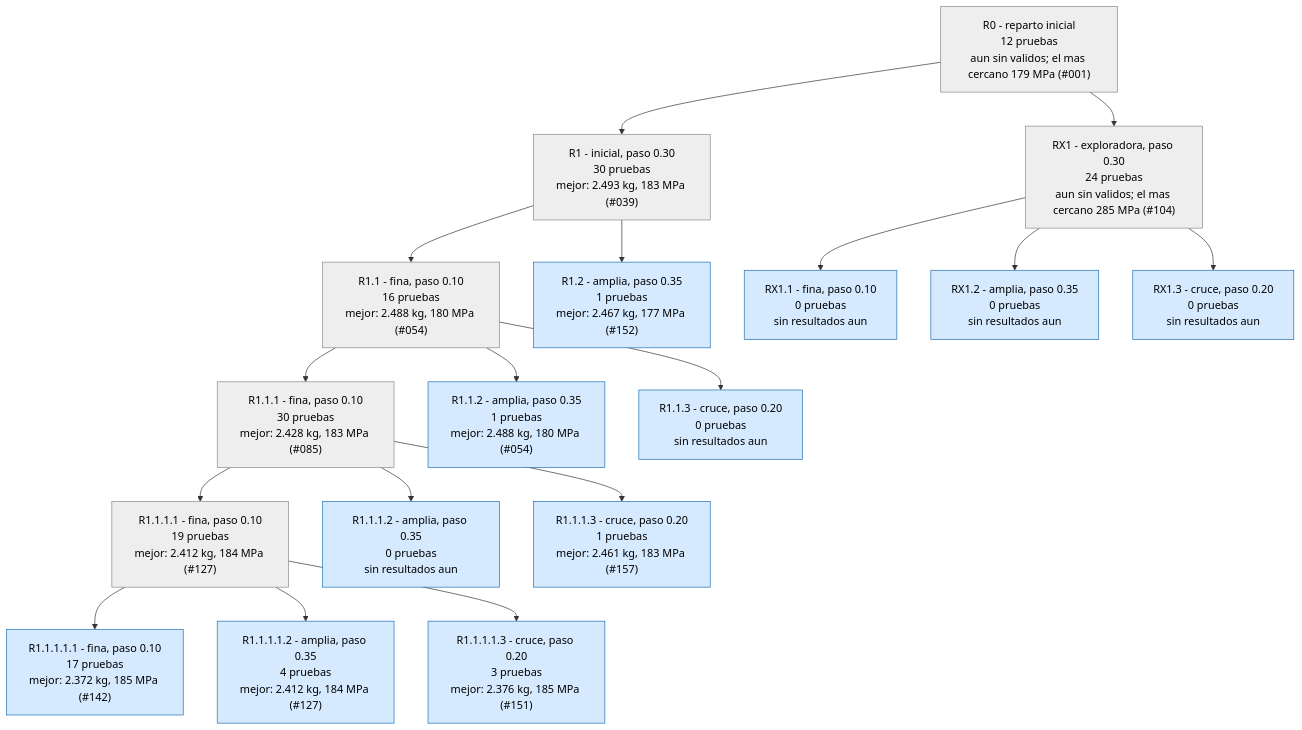
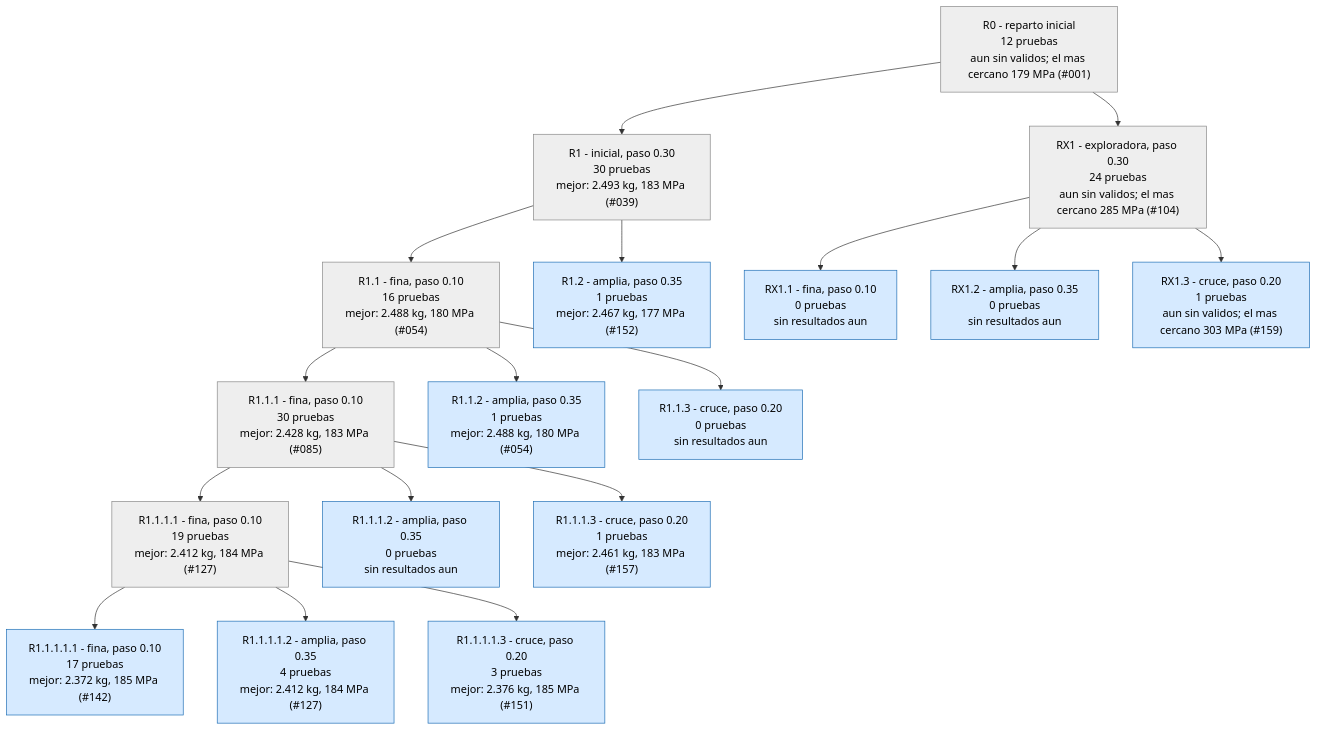
The first of 3 diagrams in runs/opt_37800N/ARBOL.md (Hugiko/msd-soporte-optimizacion), drawn with Mermaid before and after one commit. The commit also changed 21 other files, not shown here.

````diff
--- a/runs/opt_37800N/ARBOL.md
+++ b/runs/opt_37800N/ARBOL.md
@@ -9,39 +9,39 @@
 ```mermaid
 graph TD
 classDef activa fill:#d6eaff,stroke:#1f6fb5,color:#000
 classDef fin fill:#eeeeee,stroke:#888,color:#000
 classDef mejor fill:#c8f0c0,stroke:#1a9850,stroke-width:4px,color:#000
 R0["R0 - reparto inicial<br/>12 pruebas<br/>aun sin validos; el mas cercano 179 MPa (#001)"]:::fin
 R1["R1 - inicial, paso 0.30<br/>30 pruebas<br/>mejor: 2.493 kg, 183 MPa (#039)"]:::fin
 R0 --> R1
 R1_1["R1.1 - fina, paso 0.10<br/>16 pruebas<br/>mejor: 2.488 kg, 180 MPa (#054)"]:::fin
 R1 --> R1_1
 R1_2["R1.2 - amplia, paso 0.35<br/>1 pruebas<br/>mejor: 2.467 kg, 177 MPa (#152)"]:::activa
 R1 --> R1_2
 R1_1_1["R1.1.1 - fina, paso 0.10<br/>30 pruebas<br/>mejor: 2.428 kg, 183 MPa (#085)"]:::fin
 R1_1 --> R1_1_1
 R1_1_2["R1.1.2 - amplia, paso 0.35<br/>1 pruebas<br/>mejor: 2.488 kg, 180 MPa (#054)"]:::activa
 R1_1 --> R1_1_2
 R1_1_3["R1.1.3 - cruce, paso 0.20<br/>0 pruebas<br/>sin resultados aun"]:::activa
 R1_1 --> R1_1_3
 R1_1_1_1["R1.1.1.1 - fina, paso 0.10<br/>19 pruebas<br/>mejor: 2.412 kg, 184 MPa (#127)"]:::fin
 R1_1_1 --> R1_1_1_1
 R1_1_1_2["R1.1.1.2 - amplia, paso 0.35<br/>0 pruebas<br/>sin resultados aun"]:::activa
 R1_1_1 --> R1_1_1_2
 R1_1_1_3["R1.1.1.3 - cruce, paso 0.20<br/>1 pruebas<br/>mejor: 2.461 kg, 183 MPa (#157)"]:::activa
 R1_1_1 --> R1_1_1_3
 RX1["RX1 - exploradora, paso 0.30<br/>24 pruebas<br/>aun sin validos; el mas cercano 285 MPa (#104)"]:::fin
 R0 --> RX1
 RX1_1["RX1.1 - fina, paso 0.10<br/>0 pruebas<br/>sin resultados aun"]:::activa
 RX1 --> RX1_1
 RX1_2["RX1.2 - amplia, paso 0.35<br/>0 pruebas<br/>sin resultados aun"]:::activa
 RX1 --> RX1_2
-RX1_3["RX1.3 - cruce, paso 0.20<br/>0 pruebas<br/>sin resultados aun"]:::activa
+RX1_3["RX1.3 - cruce, paso 0.20<br/>1 pruebas<br/>aun sin validos; el mas cercano 303 MPa (#159)"]:::activa
 RX1 --> RX1_3
 R1_1_1_1_1["R1.1.1.1.1 - fina, paso 0.10<br/>17 pruebas<br/>mejor: 2.372 kg, 185 MPa (#142)"]:::activa
 R1_1_1_1 --> R1_1_1_1_1
 R1_1_1_1_2["R1.1.1.1.2 - amplia, paso 0.35<br/>4 pruebas<br/>mejor: 2.412 kg, 184 MPa (#127)"]:::activa
 R1_1_1_1 --> R1_1_1_1_2
 R1_1_1_1_3["R1.1.1.1.3 - cruce, paso 0.20<br/>3 pruebas<br/>mejor: 2.376 kg, 185 MPa (#151)"]:::activa
 R1_1_1_1 --> R1_1_1_1_3
 ```
````
